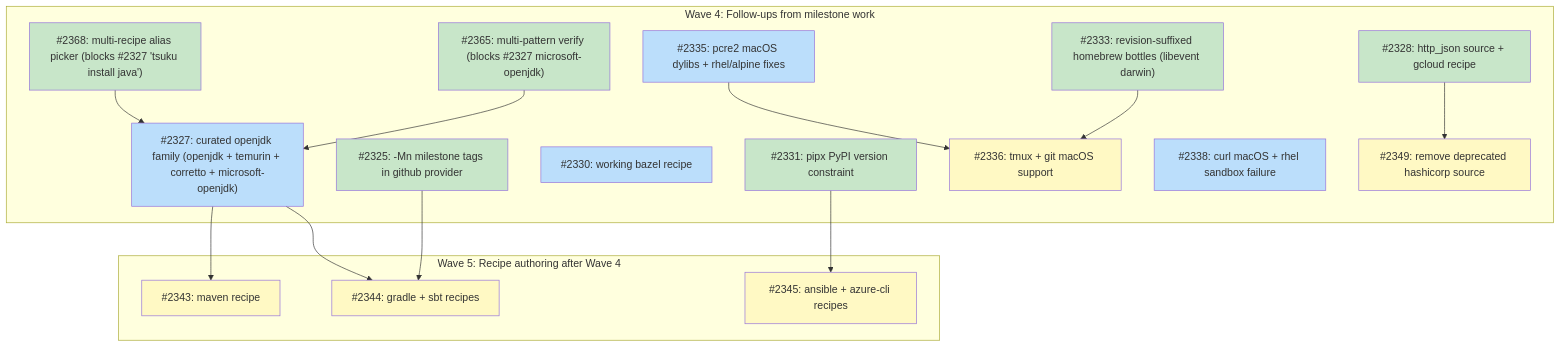
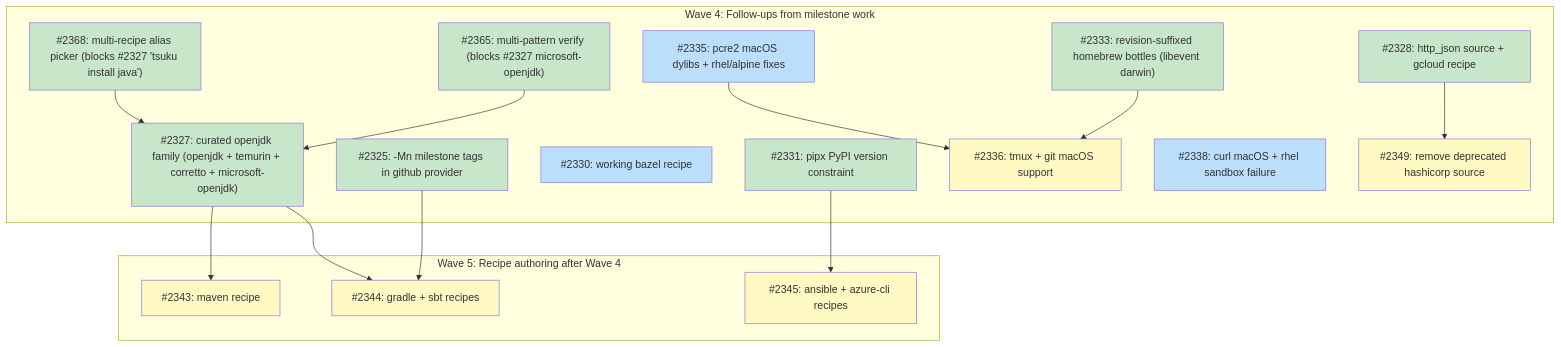
One commit to tsukumogami/tsuku changed the diagram in docs/plans/PLAN-curated-recipes.md. Above: the diagram before and after it, drawn with Mermaid. The commit also changed other lines of this file, not shown here.

Commit message:
docs(plan): mark #2327 done in curated-recipes plan
The four-vendor JDK family ships in this PR with `aliases = ["java"]`
declared on each recipe — R12 of PRD-multi-satisfier-picker.md is met
and the picker resolves `tsuku install java` against all four. Strike
through the issue table row and reclassify I2327 as done in the
dependency graph.

````diff
--- a/docs/plans/PLAN-curated-recipes.md
+++ b/docs/plans/PLAN-curated-recipes.md
@@ -144,48 +144,48 @@
 ```mermaid
 graph TD
     subgraph wave4 ["Wave 4: Follow-ups from milestone work"]
         I2325["#2325: -Mn milestone tags in github provider"]
         I2327["#2327: curated openjdk family (openjdk + temurin + corretto + microsoft-openjdk)"]
         I2328["#2328: http_json source + gcloud recipe"]
         I2330["#2330: working bazel recipe"]
         I2331["#2331: pipx PyPI version constraint"]
         I2333["#2333: revision-suffixed homebrew bottles (libevent darwin)"]
         I2335["#2335: pcre2 macOS dylibs + rhel/alpine fixes"]
         I2336["#2336: tmux + git macOS support"]
         I2338["#2338: curl macOS + rhel sandbox failure"]
         I2349["#2349: remove deprecated hashicorp source"]
         I2365["#2365: multi-pattern verify (blocks #2327 microsoft-openjdk)"]
         I2368["#2368: multi-recipe alias picker (blocks #2327 'tsuku install java')"]
     end
 
     subgraph wave5 ["Wave 5: Recipe authoring after Wave 4"]
         I2343["#2343: maven recipe"]
         I2344["#2344: gradle + sbt recipes"]
         I2345["#2345: ansible + azure-cli recipes"]
     end
 
     I2333 --> I2336
     I2335 --> I2336
 
     I2365 --> I2327
     I2368 --> I2327
     I2327 --> I2343
     I2325 --> I2344
     I2327 --> I2344
     I2331 --> I2345
     I2328 --> I2349
 
     classDef done fill:#c8e6c9
     classDef ready fill:#bbdefb
     classDef blocked fill:#fff9c4
     classDef needsDesign fill:#e1bee7
     classDef needsPrd fill:#b3e5fc
     classDef needsSpike fill:#ffcdd2
     classDef needsDecision fill:#d1c4e9
     classDef tracksDesign fill:#FFE0B2,stroke:#F57C00,color:#000
     classDef tracksPlan fill:#FFE0B2,stroke:#F57C00,color:#000
 
-    class I2325,I2328,I2331,I2333,I2365,I2368 done
-    class I2327,I2330,I2335,I2338 ready
+    class I2325,I2327,I2328,I2331,I2333,I2365,I2368 done
+    class I2330,I2335,I2338 ready
     class I2336,I2343,I2344,I2345,I2349 blocked
 ```
````
